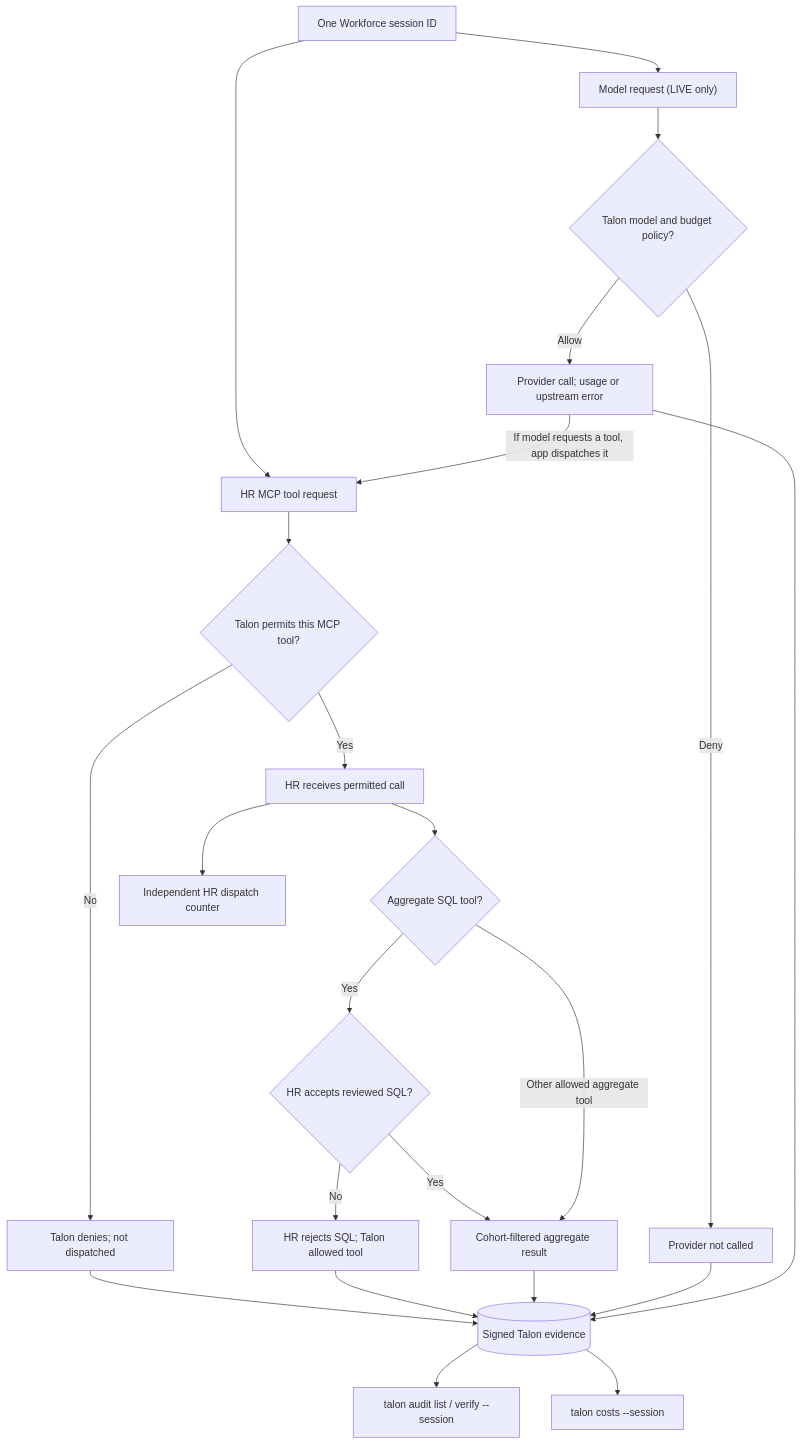
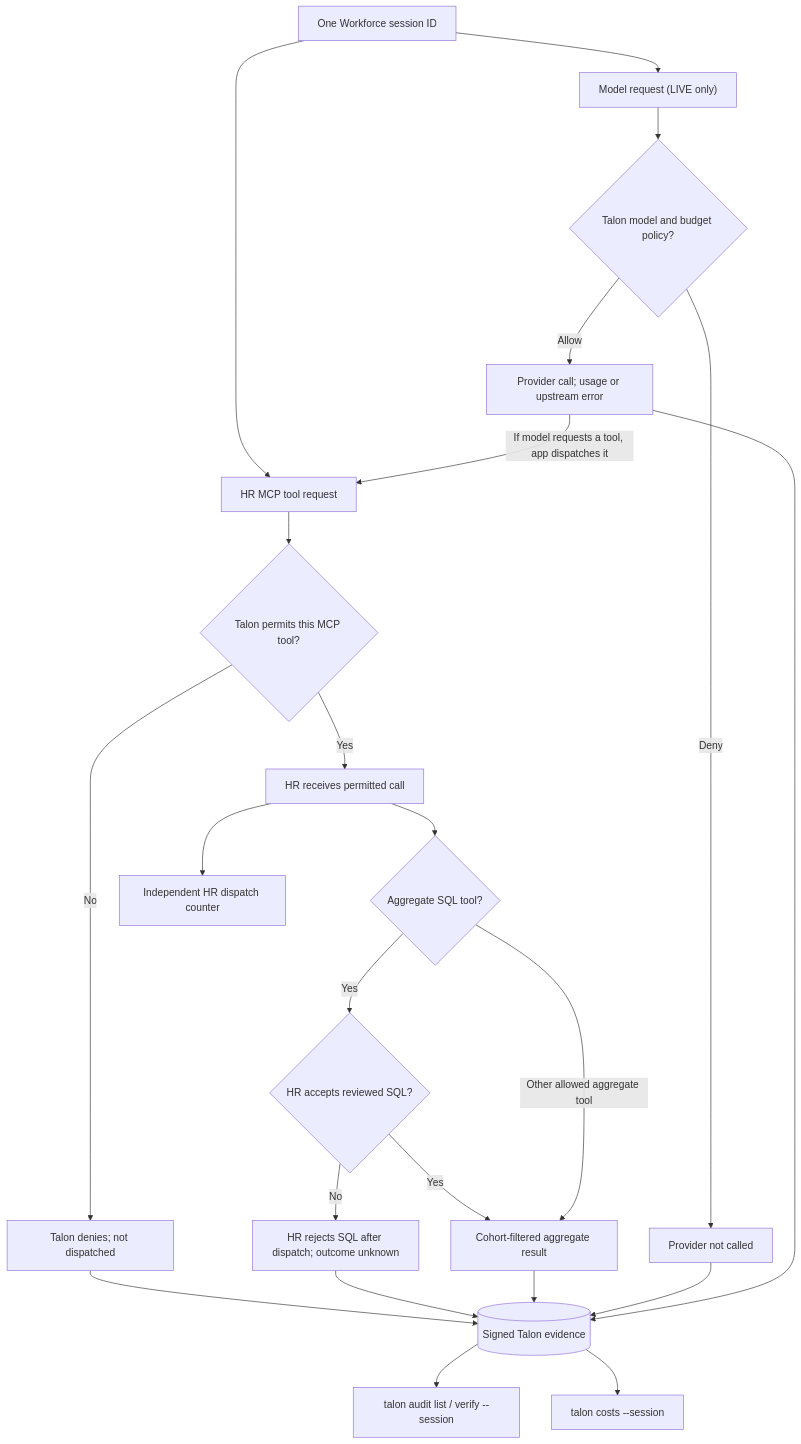
Before and after one commit to dativo-io/talon-full-demo: the third of 3 diagrams in cases/people-analytics-copilot/README.md, drawn with Mermaid. The commit also changed other lines of this file and 26 other files, not shown here.

````diff
--- a/cases/people-analytics-copilot/README.md
+++ b/cases/people-analytics-copilot/README.md
@@ -362,26 +361,26 @@
 ```mermaid
 flowchart TB
     S["One Workforce session ID"]
     S --> T["HR MCP tool request"]
     S --> L["Model request (LIVE only)"]
     T --> P{"Talon permits this MCP tool?"}
     P -->|"No"| X["Talon denies; not dispatched"]
     P -->|"Yes"| H["HR receives permitted call"]
     H --> K{"Aggregate SQL tool?"}
     K -->|"Yes"| V{"HR accepts reviewed SQL?"}
-    V -->|"No"| R["HR rejects SQL; Talon allowed tool"]
+    V -->|"No"| R["HR rejects SQL after dispatch; outcome unknown"]
     V -->|"Yes"| A["Cohort-filtered aggregate result"]
     K -->|"Other allowed aggregate tool"| A
     L --> B{"Talon model and budget policy?"}
     B -->|"Deny"| Z["Provider not called"]
     B -->|"Allow"| O["Provider call; usage or upstream error"]
     O -->|"If model requests a tool, app dispatches it"| T
     X --> E[("Signed Talon evidence")]
     R --> E
     A --> E
     Z --> E
     O --> E
     H --> F["Independent HR dispatch counter"]
     E --> Q["talon audit list / verify --session"]
     E --> C["talon costs --session"]
 ```
````
